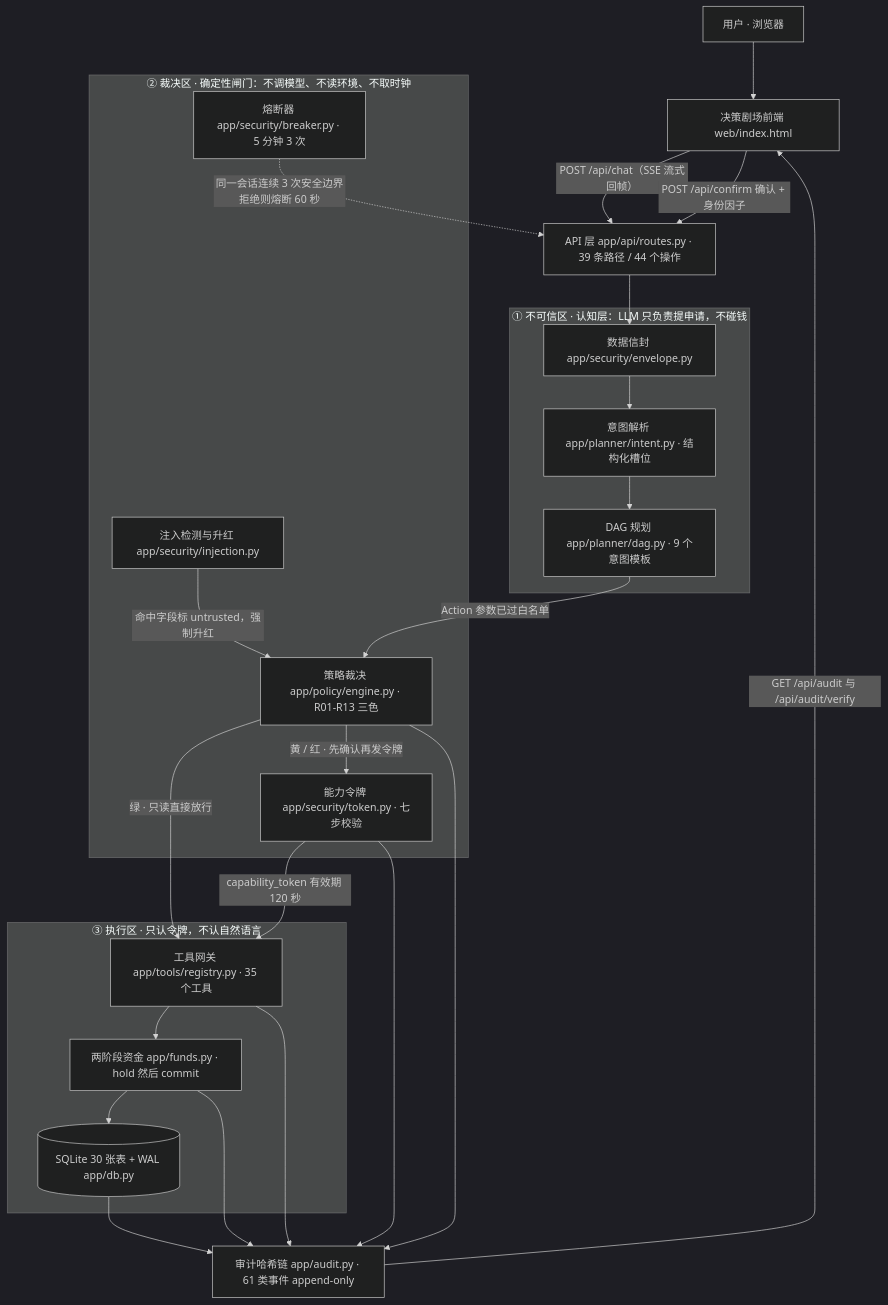
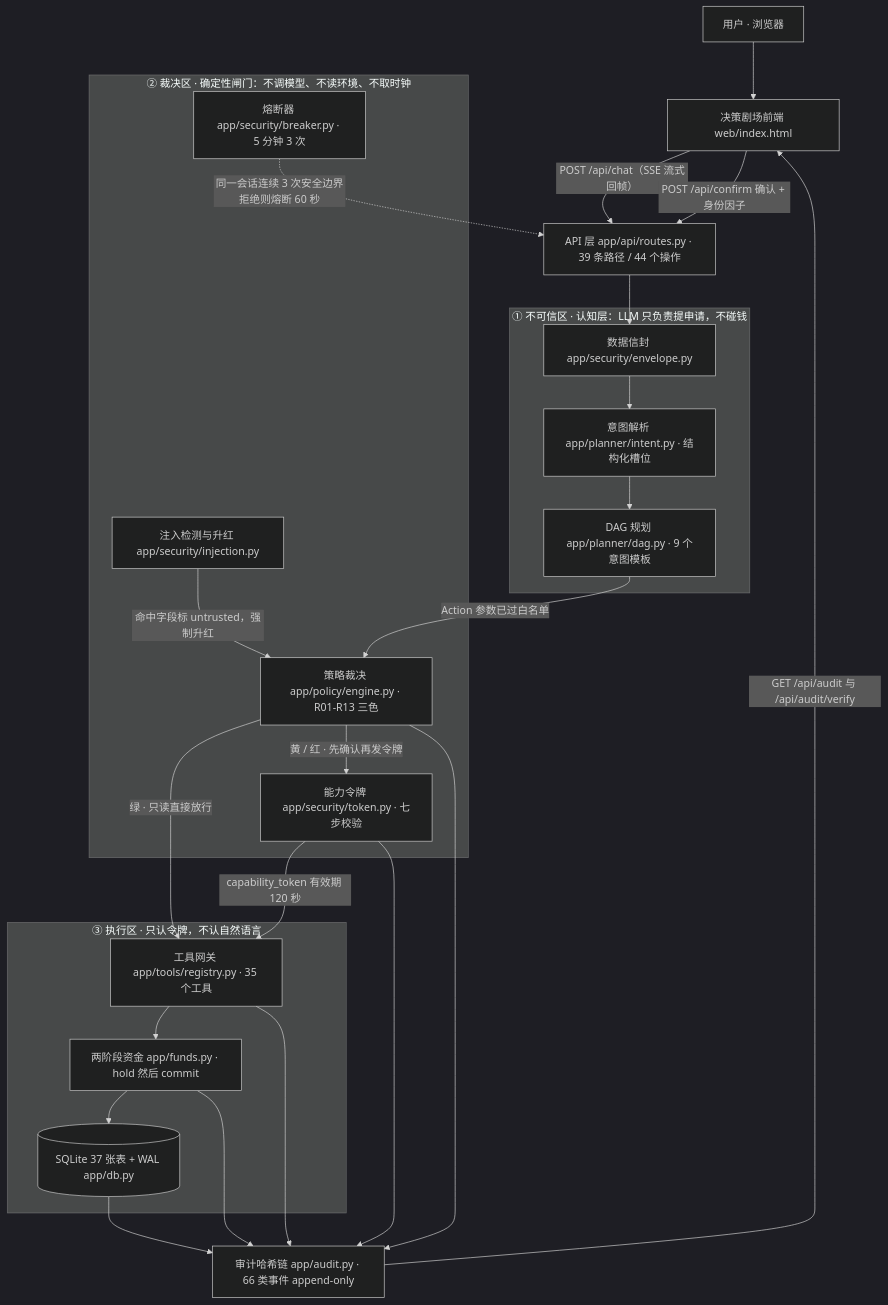
Before and after one commit to peng6yu/banking-agent: the first of 2 diagrams in docs/技术文档.md, drawn with Mermaid (dark theme). The commit also changed other lines of this file and 292 other files, not shown here.

````diff
--- a/docs/技术文档.md
+++ b/docs/技术文档.md
@@ -56,42 +56,42 @@
 ```mermaid
 flowchart TD
     U["用户 · 浏览器"] --> FE["决策剧场前端 web/index.html"]
     FE -->|"POST /api/chat（SSE 流式回帧）"| API["API 层 app/api/routes.py · 39 条路径 / 44 个操作"]
     FE -->|"POST /api/confirm 确认 + 身份因子"| API
 
     subgraph L1["① 不可信区 · 认知层：LLM 只负责提申请，不碰钱"]
         ENV["数据信封 app/security/envelope.py"]
         INT["意图解析 app/planner/intent.py · 结构化槽位"]
         DAG["DAG 规划 app/planner/dag.py · 9 个意图模板"]
     end
 
     subgraph L2["② 裁决区 · 确定性闸门：不调模型、不读环境、不取时钟"]
         INJ["注入检测与升红 app/security/injection.py"]
         PE["策略裁决 app/policy/engine.py · R01-R13 三色"]
         TK["能力令牌 app/security/token.py · 七步校验"]
         BRK["熔断器 app/security/breaker.py · 5 分钟 3 次"]
     end
 
     subgraph L3["③ 执行区 · 只认令牌，不认自然语言"]
         REG["工具网关 app/tools/registry.py · 35 个工具"]
         FND["两阶段资金 app/funds.py · hold 然后 commit"]
-        DB[("SQLite 30 张表 + WAL app/db.py")]
+        DB[("SQLite 37 张表 + WAL app/db.py")]
     end
 
-    AUD["审计哈希链 app/audit.py · 61 类事件 append-only"]
+    AUD["审计哈希链 app/audit.py · 66 类事件 append-only"]
 
     API --> ENV --> INT --> DAG
     DAG -->|"Action 参数已过白名单"| PE
     INJ -->|"命中字段标 untrusted，强制升红"| PE
     PE -->|"绿 · 只读直接放行"| REG
     PE -->|"黄 / 红 · 先确认再发令牌"| TK
     TK -->|"capability_token 有效期 120 秒"| REG
     BRK -.->|"同一会话连续 3 次安全边界拒绝则熔断 60 秒"| API
     REG --> FND --> DB
     REG --> AUD
     FND --> AUD
     PE --> AUD
     TK --> AUD
     DB --> AUD
     AUD -->|"GET /api/audit 与 /api/audit/verify"| FE
 ```
````
